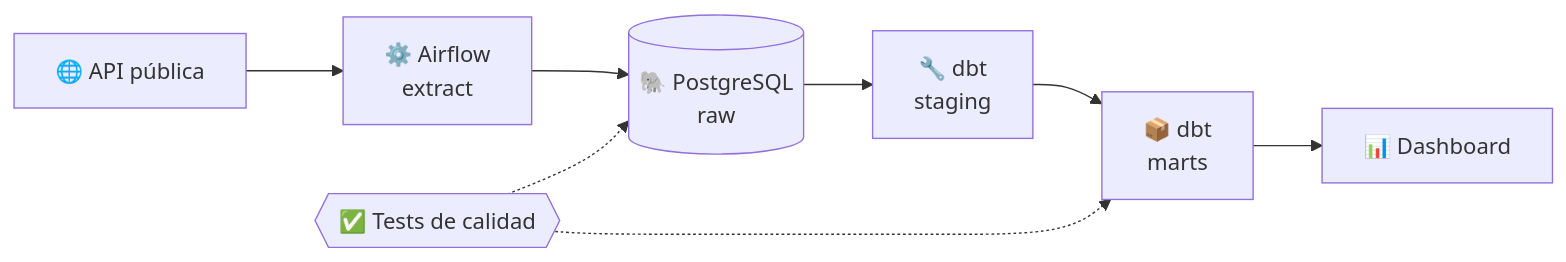
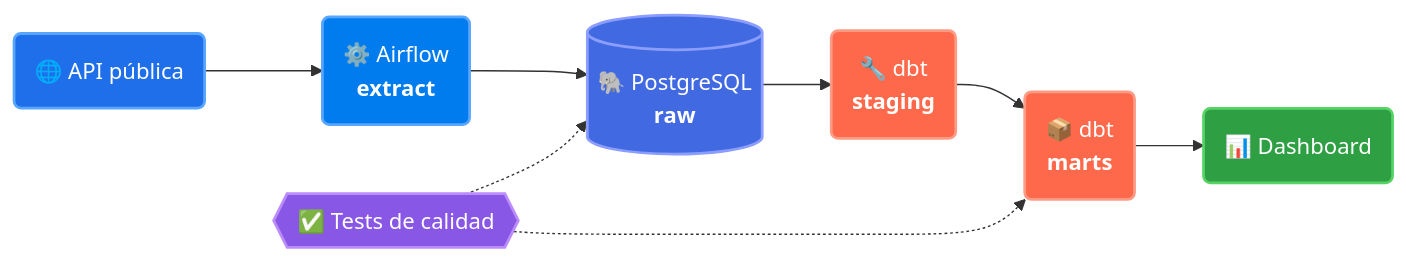
One commit to HernanPeinetti/HernanPeinetti changed the diagram in README.md. Above: the diagram before and after it, drawn with Mermaid. The commit also changed other lines of this file, not shown here.

````diff
--- a/README.md
+++ b/README.md
@@ -19,10 +34,17 @@
 ```mermaid
 flowchart LR
-    A[🌐 API pública] --> B[⚙️ Airflow<br/>extract]
-    B --> C[(🐘 PostgreSQL<br/>raw)]
-    C --> D[🔧 dbt<br/>staging]
-    D --> E[📦 dbt<br/>marts]
-    E --> F[📊 Dashboard]
-    Q{{✅ Tests de calidad}} -.-> C
+    A("🌐 API pública"):::source --> B("⚙️ Airflow<br/><b>extract</b>"):::orch
+    B --> C[("🐘 PostgreSQL<br/><b>raw</b>")]:::store
+    C --> D("🔧 dbt<br/><b>staging</b>"):::transform
+    D --> E("📦 dbt<br/><b>marts</b>"):::transform
+    E --> F("📊 Dashboard"):::output
+    Q{{"✅ Tests de calidad"}}:::quality -.-> C
     Q -.-> E
+
+    classDef source fill:#1f6feb,stroke:#58a6ff,stroke-width:2px,color:#fff
+    classDef orch fill:#017CEE,stroke:#58a6ff,stroke-width:2px,color:#fff
+    classDef store fill:#4169E1,stroke:#8b9dff,stroke-width:2px,color:#fff
+    classDef transform fill:#FF694B,stroke:#ff9b85,stroke-width:2px,color:#fff
+    classDef output fill:#2ea043,stroke:#56d364,stroke-width:2px,color:#fff
+    classDef quality fill:#8957e5,stroke:#bc8cff,stroke-width:2px,color:#fff
 ```
````
